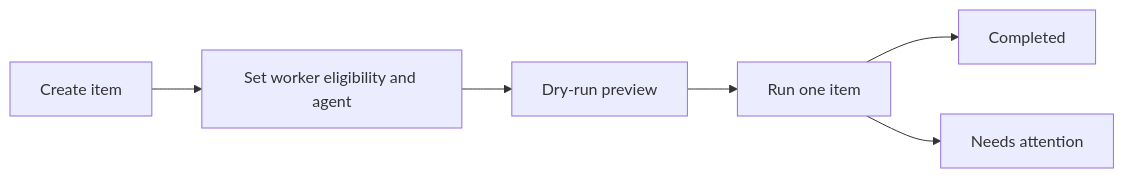
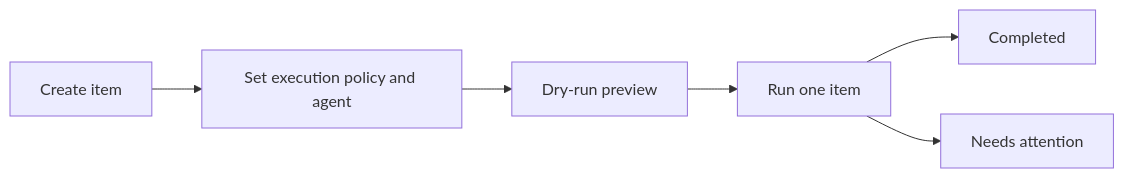
One commit to highbyte/wrighty changed the second of 3 diagrams in docs/workflows.md. Above: the diagram before and after it, drawn with Mermaid. The commit also changed other lines of this file and 124 other files, not shown here.

````diff
--- a/docs/workflows.md
+++ b/docs/workflows.md
@@ -213,8 +217,8 @@
 ```mermaid
 flowchart LR
-    Create["Create item"] --> Eligible["Set worker eligibility and agent"]
+    Create["Create item"] --> Eligible["Set execution policy and agent"]
     Eligible --> Preview["Dry-run preview"]
     Preview --> Run["Run one item"]
     Run --> Complete["Completed"]
     Run --> Attention["Needs attention"]
 ```
````
